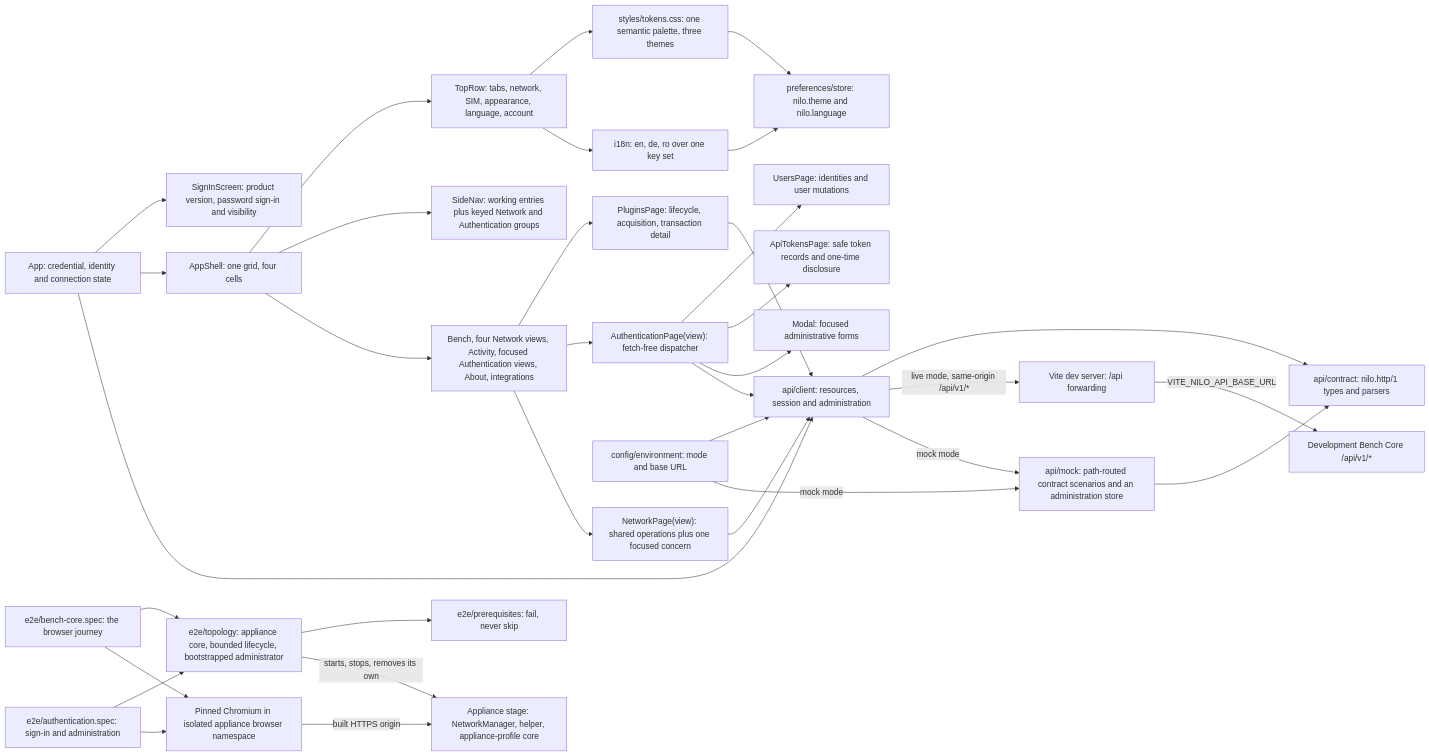
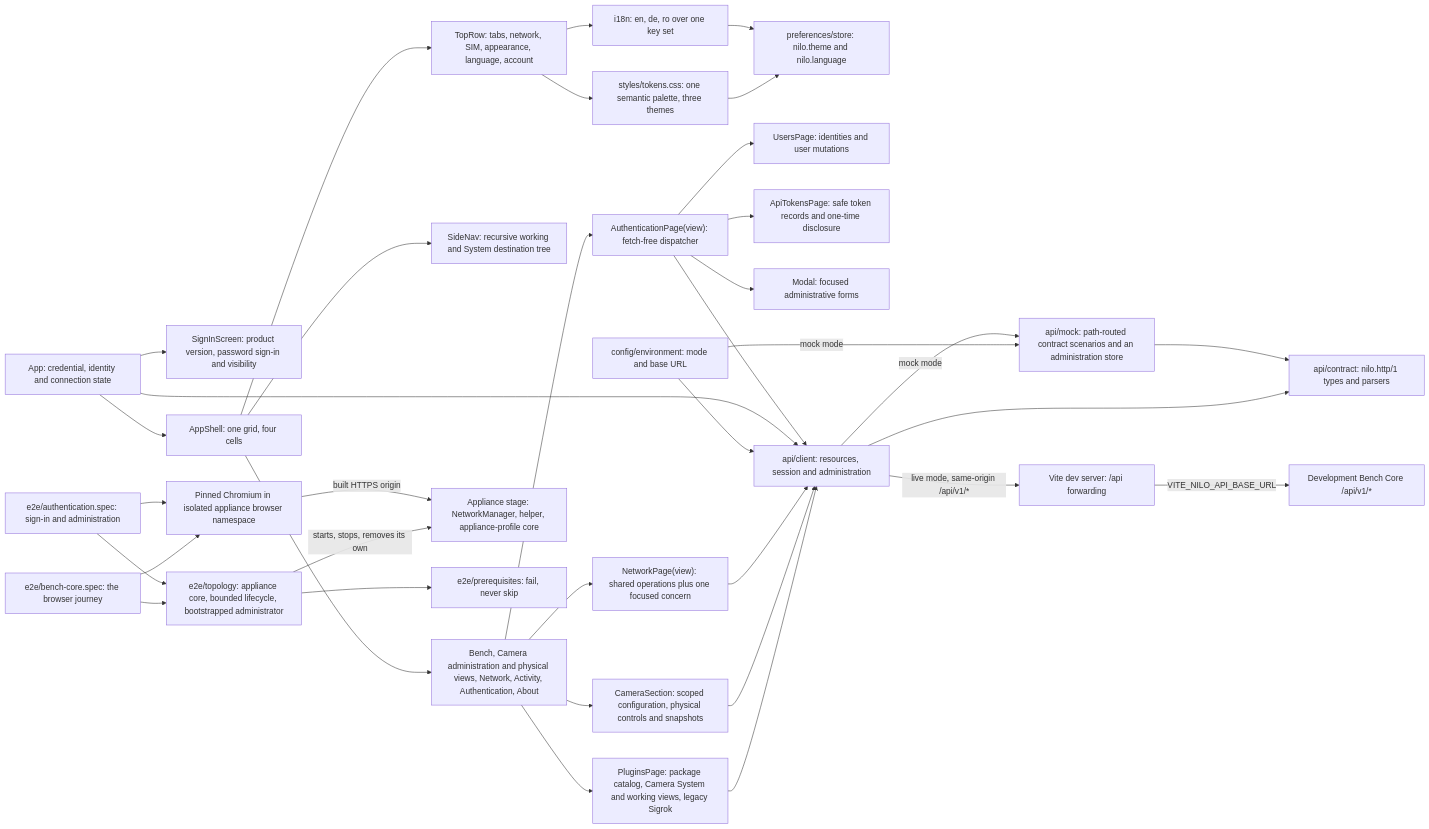
The diagram in .agentic/knowledge/gui-foundation.md (DDP-Engineering/2026_Networked_Intelligent_Lab_Orchestrator), drawn with Mermaid before and after one commit. The commit also changed other lines of this file and 166 other files, not shown here.

First line of the commit message:
feat(camera): add physical capture and plugin navigation

````diff
--- a/.agentic/knowledge/gui-foundation.md
+++ b/.agentic/knowledge/gui-foundation.md
@@ -277,62 +292,64 @@
 ```mermaid
 flowchart LR
     app["App: credential, identity and connection state"]
     signin["SignInScreen: product version, password sign-in and visibility"]
     shell["AppShell: one grid, four cells"]
     toprow["TopRow: tabs, network, SIM, appearance, language, account"]
-    sidenav["SideNav: working entries plus keyed Network and Authentication groups"]
-    pages["Bench, four Network views, Activity, focused Authentication views, About, integrations"]
+    sidenav["SideNav: recursive working and System destination tree"]
+    pages["Bench, Camera administration and physical views, Network, Activity, Authentication, About"]
     tokens["styles/tokens.css: one semantic palette, three themes"]
     catalogue["i18n: en, de, ro over one key set"]
     prefs["preferences/store: nilo.theme and nilo.language"]
     admin["AuthenticationPage(view): fetch-free dispatcher"]
     users["UsersPage: identities and user mutations"]
     apitokens["ApiTokensPage: safe token records and one-time disclosure"]
     netpage["NetworkPage(view): shared operations plus one focused concern"]
     modal["Modal: focused administrative forms"]
     env["config/environment: mode and base URL"]
     client["api/client: resources, session and administration"]
     contract["api/contract: nilo.http/1 types and parsers"]
     mock["api/mock: path-routed contract scenarios and an administration store"]
     proxy["Vite dev server: /api forwarding"]
     backend["Development Bench Core /api/v1/*"]
     appliance["Appliance stage: NetworkManager, helper, appliance-profile core"]
     app --> signin
     app --> shell
     shell --> toprow
     shell --> sidenav
     shell --> pages
-    pages --> instruments["PluginsPage: lifecycle, acquisition, transaction detail"]
+    pages --> instruments["PluginsPage: package catalog, Camera System and working views, legacy Sigrok"]
     instruments --> client
+    pages --> camera["CameraSection: scoped configuration, physical controls and snapshots"]
+    camera --> client
     pages --> admin
     admin --> users
     admin --> apitokens
     pages --> netpage
     netpage --> client
     admin --> modal
     toprow --> tokens
     toprow --> catalogue
     tokens --> prefs
     catalogue --> prefs
     env --> client
     env -- "mock mode" --> mock
     client --> contract
     mock --> contract
     app --> client
     admin --> client
     client -- "live mode, same-origin /api/v1/*" --> proxy
     proxy -- "VITE_NILO_API_BASE_URL" --> backend
     client -- "mock mode" --> mock
     harness["e2e/topology: appliance core, bounded lifecycle, bootstrapped administrator"]
     prereq["e2e/prerequisites: fail, never skip"]
     spec["e2e/bench-core.spec: the browser journey"]
     adminspec["e2e/authentication.spec: sign-in and administration"]
     browser["Pinned Chromium in isolated appliance browser namespace"]
     harness --> prereq
     harness -- "starts, stops, removes its own" --> appliance
     spec --> harness
     adminspec --> harness
     spec --> browser
     adminspec --> browser
     browser -- "built HTTPS origin" --> appliance
 ```
````
